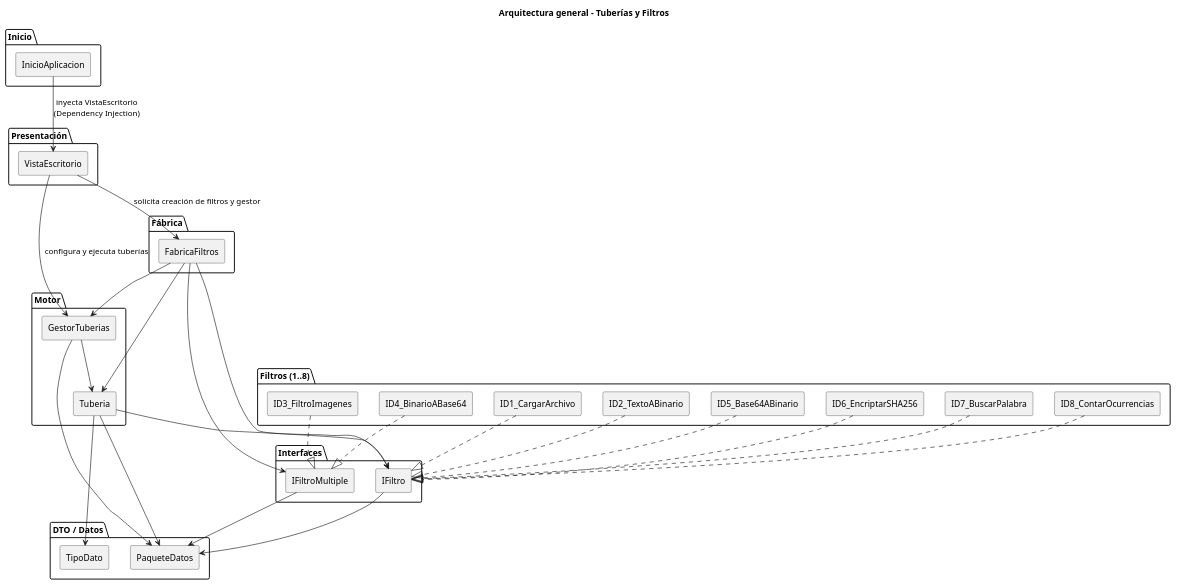
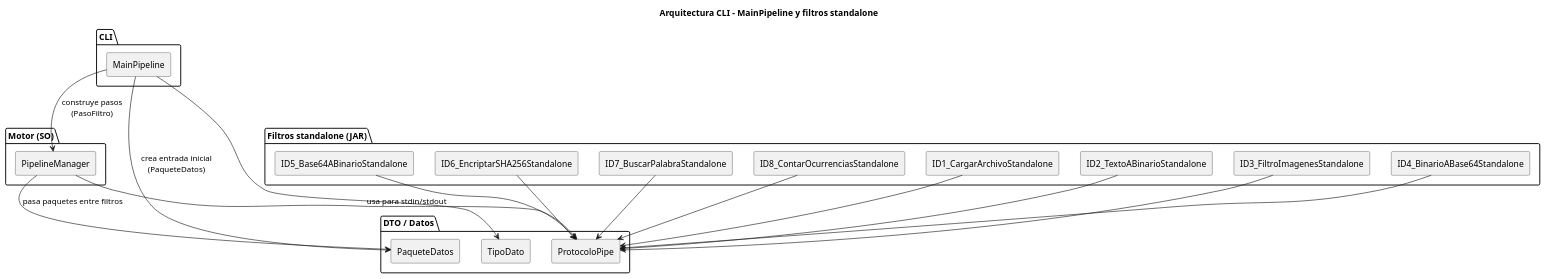
Before and after one commit to rafad8604/FiltrosTuberiasArquitectura: the diagram in Diagramas/ComponentesArquitectura.puml, drawn with PlantUML. The commit also changed 5 other files, not shown here.

Commit message:
Diagramas arreglados

```diff
--- a/Diagramas/ComponentesArquitectura.puml
+++ b/Diagramas/ComponentesArquitectura.puml
@@ -1,76 +1,51 @@
 @startuml ComponentesArquitectura
 
-' Diagrama de Componentes - Arquitectura Pipes & Filters
+' Diagrama de Componentes - Arquitectura Pipes & Filters (solo CLI)
 
 skinparam componentStyle rectangle
 
-title Arquitectura general - Tuberías y Filtros
+title Arquitectura CLI - MainPipeline y filtros standalone
 
-package "Presentación" {
-  [VistaEscritorio] as C_Presentacion
+package "CLI" {
+  [MainPipeline] as C_Main
 }
 
-package "Inicio" {
-  [InicioAplicacion] as C_Inicio
-}
-
-package "Fábrica" {
-  [FabricaFiltros] as C_Fabrica
-}
-
-package "Motor" {
-  [GestorTuberias] as C_Gestor
-  [Tuberia] as C_Tuberia
+package "Motor (SO)" {
+  [PipelineManager] as C_PipelineManager
 }
 
 package "DTO / Datos" {
   [PaqueteDatos] as C_Datos
   [TipoDato] as C_TipoDato
+  [ProtocoloPipe] as C_Protocolo
 }
 
-package "Interfaces" {
-  [IFiltro] as C_IFiltro
-  [IFiltroMultiple] as C_IFiltroMultiple
+package "Filtros standalone (JAR)" {
+  [ID1_CargarArchivoStandalone]
+  [ID2_TextoABinarioStandalone]
+  [ID3_FiltroImagenesStandalone]
+  [ID4_BinarioABase64Standalone]
+  [ID5_Base64ABinarioStandalone]
+  [ID6_EncriptarSHA256Standalone]
+  [ID7_BuscarPalabraStandalone]
+  [ID8_ContarOcurrenciasStandalone]
 }
 
-package "Filtros (1..8)" {
-  [ID1_CargarArchivo]
-  [ID2_TextoABinario]
-  [ID3_FiltroImagenes]
-  [ID4_BinarioABase64]
-  [ID5_Base64ABinario]
-  [ID6_EncriptarSHA256]
-  [ID7_BuscarPalabra]
-  [ID8_ContarOcurrencias]
-}
+' Relaciones principales CLI
+C_Main --> C_PipelineManager : construye pasos\n(PasoFiltro)
+C_Main --> C_Datos : crea entrada inicial\n(PaqueteDatos)
+C_Main --> C_TipoDato
 
-' Relaciones principales
-C_Inicio --> C_Presentacion : inyecta VistaEscritorio\n(Dependency Injection)
-C_Presentacion --> C_Fabrica : solicita creación de filtros y gestor
-C_Presentacion --> C_Gestor : configura y ejecuta tuberías
+C_PipelineManager --> C_Protocolo : usa para stdin/stdout
+C_PipelineManager --> C_Datos     : pasa paquetes entre filtros
 
-C_Fabrica --> C_Gestor
-C_Fabrica --> C_Tuberia
-C_Fabrica --> C_IFiltro
-C_Fabrica --> C_IFiltroMultiple
-
-C_Gestor --> C_Tuberia
-C_Gestor --> C_Datos
-
-C_Tuberia --> C_IFiltro
-C_Tuberia --> C_Datos
-C_Tuberia --> C_TipoDato
-
-C_IFiltro --> C_Datos
-C_IFiltroMultiple --> C_Datos
-
-[ID1_CargarArchivo] ..|> C_IFiltro
-[ID2_TextoABinario] ..|> C_IFiltro
-[ID3_FiltroImagenes] ..|> C_IFiltroMultiple
-[ID4_BinarioABase64] ..|> C_IFiltroMultiple
-[ID5_Base64ABinario] ..|> C_IFiltro
-[ID6_EncriptarSHA256] ..|> C_IFiltro
-[ID7_BuscarPalabra] ..|> C_IFiltro
-[ID8_ContarOcurrencias] ..|> C_IFiltro
+[ID1_CargarArchivoStandalone] --> C_Protocolo
+[ID2_TextoABinarioStandalone] --> C_Protocolo
+[ID3_FiltroImagenesStandalone] --> C_Protocolo
+[ID4_BinarioABase64Standalone] --> C_Protocolo
+[ID5_Base64ABinarioStandalone] --> C_Protocolo
+[ID6_EncriptarSHA256Standalone] --> C_Protocolo
+[ID7_BuscarPalabraStandalone] --> C_Protocolo
+[ID8_ContarOcurrenciasStandalone] --> C_Protocolo
 
 @enduml
```
